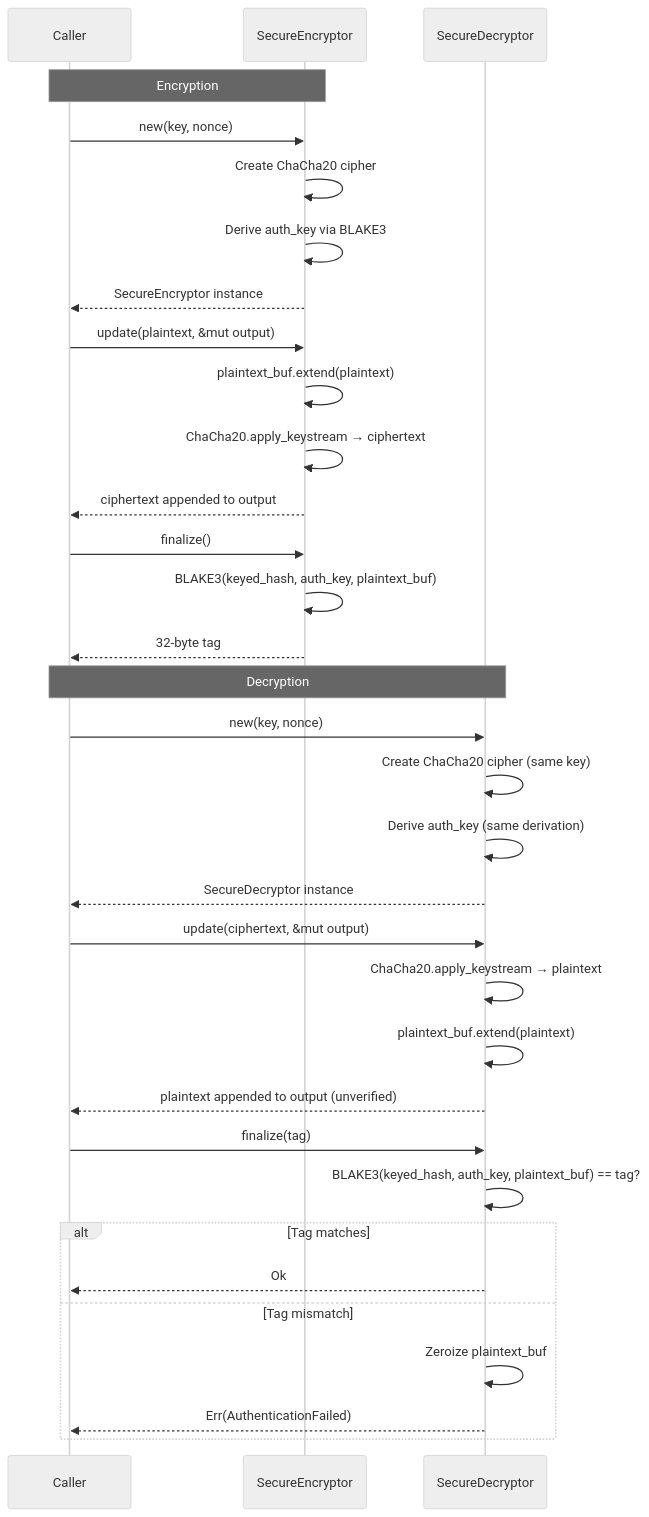
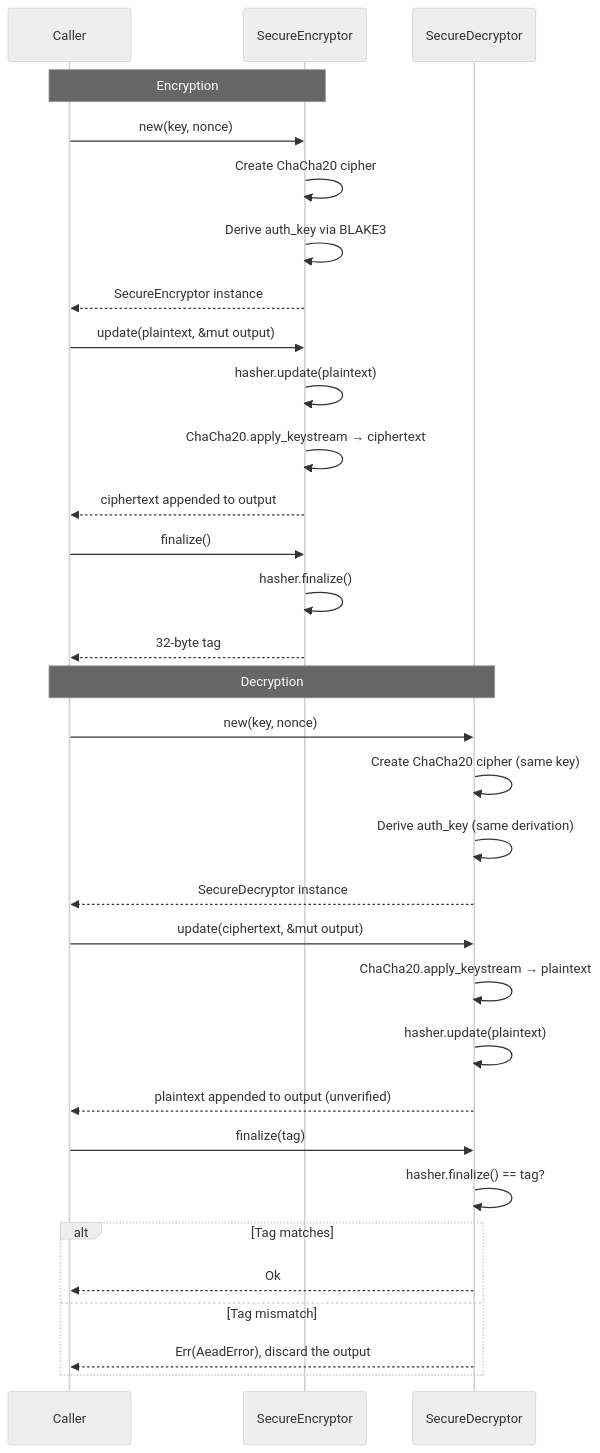
One commit to nliaudat/kelvin changed the third of 12 diagrams in documentation/mode_flowcharts.md. Above: the diagram before and after it, drawn with Mermaid. The commit also changed other lines of this file and 19 other files, not shown here.

First line of the commit message:
Redact secrets, verify streaming files before output, fix chaos auth

````diff
--- a/documentation/mode_flowcharts.md
+++ b/documentation/mode_flowcharts.md
@@ -141,42 +144,41 @@
 ```mermaid
 %%{init: {'theme': 'neutral'}}%%
 sequenceDiagram
     participant Caller
     participant SecureEncryptor
     participant SecureDecryptor
 
     Note over Caller,SecureEncryptor: Encryption
     Caller->>SecureEncryptor: new(key, nonce)
     SecureEncryptor->>SecureEncryptor: Create ChaCha20 cipher
     SecureEncryptor->>SecureEncryptor: Derive auth_key via BLAKE3
     SecureEncryptor-->>Caller: SecureEncryptor instance
 
     Caller->>SecureEncryptor: update(plaintext, &mut output)
-    SecureEncryptor->>SecureEncryptor: plaintext_buf.extend(plaintext)
+    SecureEncryptor->>SecureEncryptor: hasher.update(plaintext)
     SecureEncryptor->>SecureEncryptor: ChaCha20.apply_keystream → ciphertext
     SecureEncryptor-->>Caller: ciphertext appended to output
 
     Caller->>SecureEncryptor: finalize()
-    SecureEncryptor->>SecureEncryptor: BLAKE3(keyed_hash, auth_key, plaintext_buf)
+    SecureEncryptor->>SecureEncryptor: hasher.finalize()
     SecureEncryptor-->>Caller: 32-byte tag
 
     Note over Caller,SecureDecryptor: Decryption
     Caller->>SecureDecryptor: new(key, nonce)
     SecureDecryptor->>SecureDecryptor: Create ChaCha20 cipher (same key)
     SecureDecryptor->>SecureDecryptor: Derive auth_key (same derivation)
     SecureDecryptor-->>Caller: SecureDecryptor instance
 
     Caller->>SecureDecryptor: update(ciphertext, &mut output)
     SecureDecryptor->>SecureDecryptor: ChaCha20.apply_keystream → plaintext
-    SecureDecryptor->>SecureDecryptor: plaintext_buf.extend(plaintext)
+    SecureDecryptor->>SecureDecryptor: hasher.update(plaintext)
     SecureDecryptor-->>Caller: plaintext appended to output (unverified)
 
     Caller->>SecureDecryptor: finalize(tag)
-    SecureDecryptor->>SecureDecryptor: BLAKE3(keyed_hash, auth_key, plaintext_buf) == tag?
+    SecureDecryptor->>SecureDecryptor: hasher.finalize() == tag?
     alt Tag matches
         SecureDecryptor-->>Caller: Ok
     else Tag mismatch
-        SecureDecryptor->>SecureDecryptor: Zeroize plaintext_buf
-        SecureDecryptor-->>Caller: Err(AuthenticationFailed)
+        SecureDecryptor-->>Caller: Err(AeadError), discard the output
     end
 ```
````
